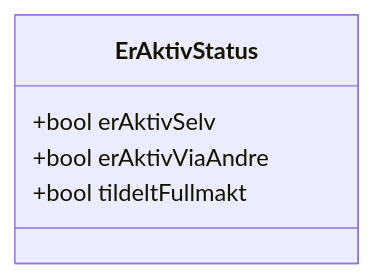
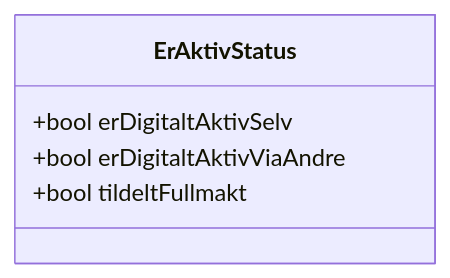
One commit to richardmax-visma/DigiHealth_Documentation changed the diagram in APIs/HelsenorgeAktivSjekken/Classes/ErAktivStatus.mmd. Above: the diagram before and after it, drawn with Mermaid. The commit also changed 7 other files, not shown here.

```diff
--- a/APIs/HelsenorgeAktivSjekken/Classes/ErAktivStatus.mmd
+++ b/APIs/HelsenorgeAktivSjekken/Classes/ErAktivStatus.mmd
@@ -1,6 +1,6 @@
 classDiagram
     class ErAktivStatus {
-        +bool erAktivSelv
-        +bool erAktivViaAndre
+        +bool erDigitaltAktivSelv
+        +bool erDigitaltAktivViaAndre
         +bool tildeltFullmakt
     }
```
